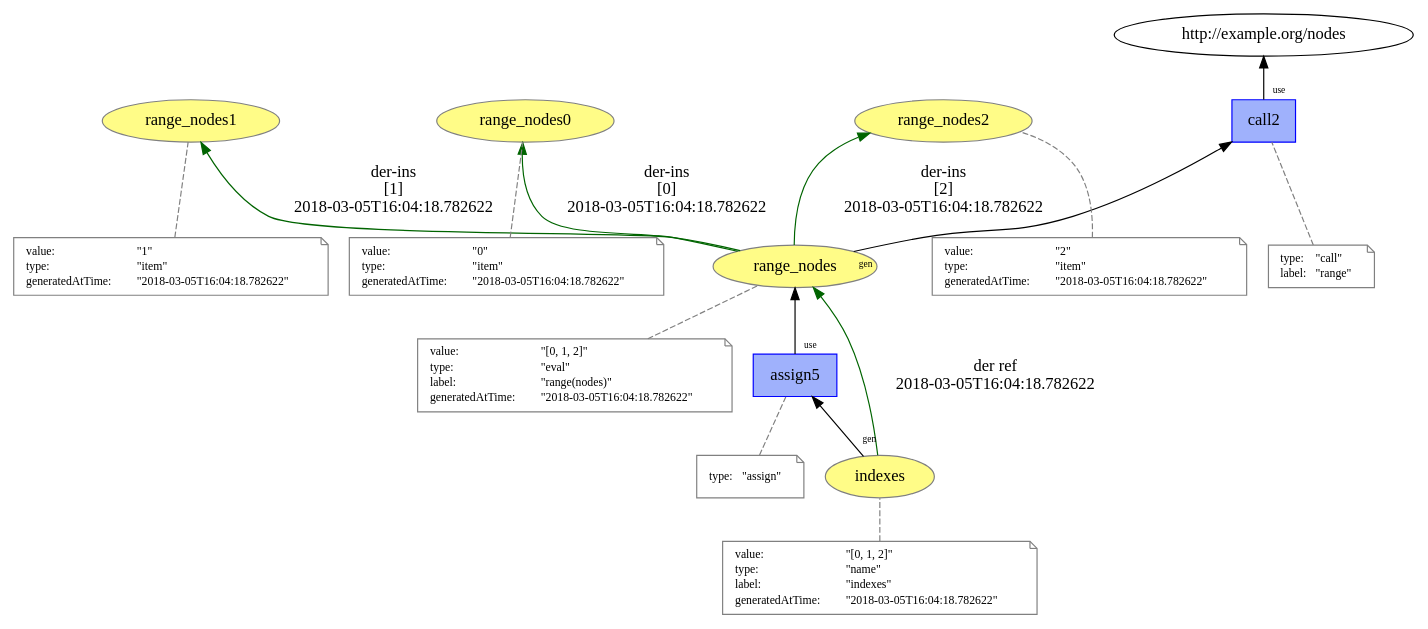
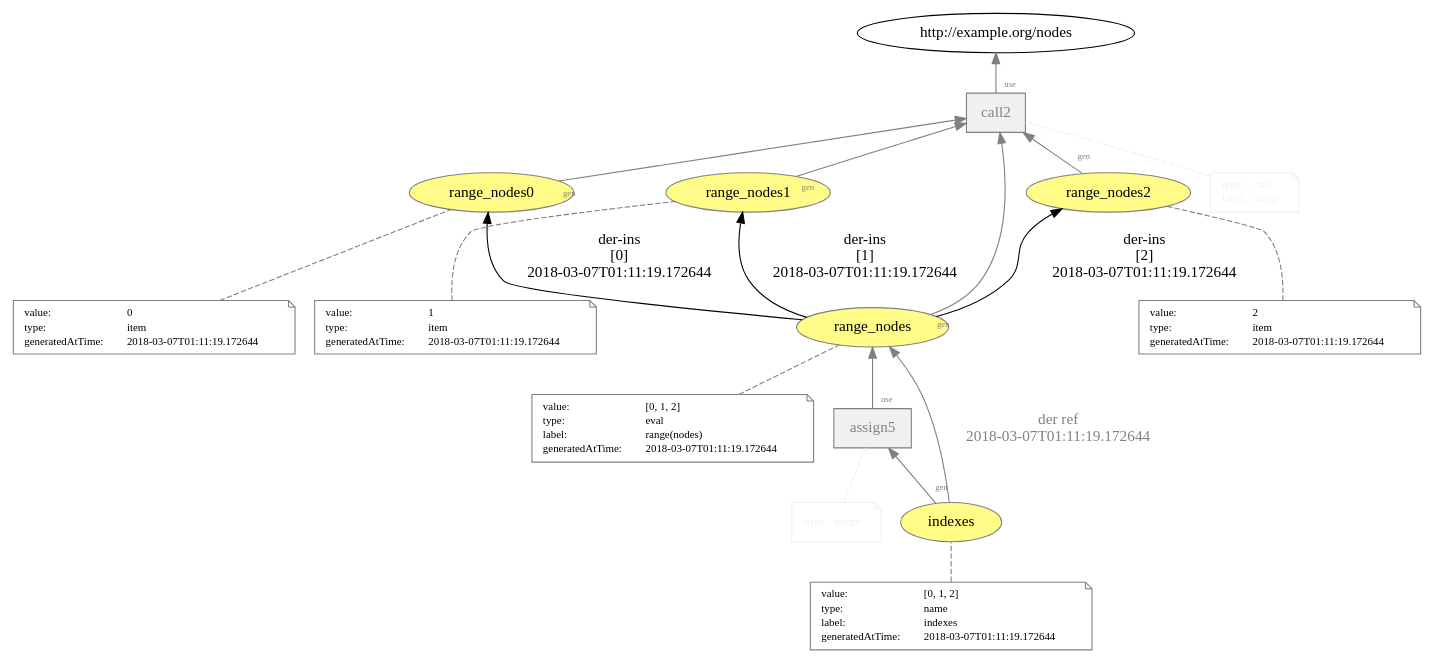
Before and after one commit to dew-uff/versioned-prov: the diagram in images/versioned_prov/temp/L8__func_call__list_assign.dot, drawn with Graphviz. The commit also changed 580 other files, not shown here.

```diff
--- a/images/versioned_prov/temp/L8__func_call__list_assign.dot
+++ b/images/versioned_prov/temp/L8__func_call__list_assign.dot
@@ -1,125 +1,128 @@
 digraph "PROV" { size="16,12"; rankdir="BT";
 "http://example.org/range_nodes" [fillcolor="#FFFC87",color="#808080",style="filled",label="range_nodes",URL="http://example.org/range_nodes"]
 "-attrs0" [color="gray",shape="note",fontsize="10",fontcolor="black",label=<<TABLE cellpadding="0" border="0">
 	<TR>
 	    <TD align="left">value:</TD>
-	    <TD align="left">&quot;[0, 1, 2]&quot;</TD>
+	    <TD align="left">[0, 1, 2]</TD>
 	</TR>
 	<TR>
 	    <TD align="left">type:</TD>
-	    <TD align="left">&quot;eval&quot;</TD>
+	    <TD align="left">eval</TD>
 	</TR>
 	<TR>
 	    <TD align="left">label:</TD>
-	    <TD align="left">&quot;range(nodes)&quot;</TD>
+	    <TD align="left">range(nodes)</TD>
 	</TR>
 	<TR>
 	    <TD align="left">generatedAtTime:</TD>
-	    <TD align="left">&quot;2018-03-05T16:04:18.782622&quot;</TD>
+	    <TD align="left">2018-03-07T01:11:19.172644</TD>
 	</TR>
 </TABLE>>]
 "-attrs0" -> "http://example.org/range_nodes" [color="gray",style="dashed",arrowhead="none"]
 "http://example.org/range_nodes0" [fillcolor="#FFFC87",color="#808080",style="filled",label="range_nodes0",URL="http://example.org/range_nodes0"]
 "-attrs1" [color="gray",shape="note",fontsize="10",fontcolor="black",label=<<TABLE cellpadding="0" border="0">
 	<TR>
 	    <TD align="left">value:</TD>
-	    <TD align="left">&quot;0&quot;</TD>
+	    <TD align="left">0</TD>
 	</TR>
 	<TR>
 	    <TD align="left">type:</TD>
-	    <TD align="left">&quot;item&quot;</TD>
+	    <TD align="left">item</TD>
 	</TR>
 	<TR>
 	    <TD align="left">generatedAtTime:</TD>
-	    <TD align="left">&quot;2018-03-05T16:04:18.782622&quot;</TD>
+	    <TD align="left">2018-03-07T01:11:19.172644</TD>
 	</TR>
 </TABLE>>]
 "-attrs1" -> "http://example.org/range_nodes0" [color="gray",style="dashed",arrowhead="none"]
-"http://example.org/range_nodes" -> "http://example.org/range_nodes0" [labelfontsize="8",labeldistance="1.5",color="darkgreen",labelangle="60.0",rotation="20",label="der-ins
+"http://example.org/range_nodes" -> "http://example.org/range_nodes0" [labelfontsize="8",labeldistance="1.5",color="black",labelangle="60.0",rotation="20",label="der-ins
 [0]
-2018-03-05T16:04:18.782622"]
+2018-03-07T01:11:19.172644"]
 "http://example.org/range_nodes1" [fillcolor="#FFFC87",color="#808080",style="filled",label="range_nodes1",URL="http://example.org/range_nodes1"]
 "-attrs2" [color="gray",shape="note",fontsize="10",fontcolor="black",label=<<TABLE cellpadding="0" border="0">
 	<TR>
 	    <TD align="left">value:</TD>
-	    <TD align="left">&quot;1&quot;</TD>
+	    <TD align="left">1</TD>
 	</TR>
 	<TR>
 	    <TD align="left">type:</TD>
-	    <TD align="left">&quot;item&quot;</TD>
+	    <TD align="left">item</TD>
 	</TR>
 	<TR>
 	    <TD align="left">generatedAtTime:</TD>
-	    <TD align="left">&quot;2018-03-05T16:04:18.782622&quot;</TD>
+	    <TD align="left">2018-03-07T01:11:19.172644</TD>
 	</TR>
 </TABLE>>]
 "-attrs2" -> "http://example.org/range_nodes1" [color="gray",style="dashed",arrowhead="none"]
-"http://example.org/range_nodes" -> "http://example.org/range_nodes1" [labelfontsize="8",labeldistance="1.5",color="darkgreen",labelangle="60.0",rotation="20",label="der-ins
+"http://example.org/range_nodes" -> "http://example.org/range_nodes1" [labelfontsize="8",labeldistance="1.5",color="black",labelangle="60.0",rotation="20",label="der-ins
 [1]
-2018-03-05T16:04:18.782622"]
+2018-03-07T01:11:19.172644"]
 "http://example.org/range_nodes2" [fillcolor="#FFFC87",color="#808080",style="filled",label="range_nodes2",URL="http://example.org/range_nodes2"]
 "-attrs3" [color="gray",shape="note",fontsize="10",fontcolor="black",label=<<TABLE cellpadding="0" border="0">
 	<TR>
 	    <TD align="left">value:</TD>
-	    <TD align="left">&quot;2&quot;</TD>
+	    <TD align="left">2</TD>
 	</TR>
 	<TR>
 	    <TD align="left">type:</TD>
-	    <TD align="left">&quot;item&quot;</TD>
+	    <TD align="left">item</TD>
 	</TR>
 	<TR>
 	    <TD align="left">generatedAtTime:</TD>
-	    <TD align="left">&quot;2018-03-05T16:04:18.782622&quot;</TD>
+	    <TD align="left">2018-03-07T01:11:19.172644</TD>
 	</TR>
 </TABLE>>]
 "-attrs3" -> "http://example.org/range_nodes2" [color="gray",style="dashed",arrowhead="none"]
-"http://example.org/range_nodes" -> "http://example.org/range_nodes2" [labelfontsize="8",labeldistance="1.5",color="darkgreen",labelangle="60.0",rotation="20",label="der-ins
+"http://example.org/range_nodes" -> "http://example.org/range_nodes2" [labelfontsize="8",labeldistance="1.5",color="black",labelangle="60.0",rotation="20",label="der-ins
 [2]
-2018-03-05T16:04:18.782622"]
-"http://example.org/call2" [fillcolor="#9FB1FC",color="#0000FF",shape="polygon",sides="4",style="filled",label="call2",URL="http://example.org/call2"]
-"-attrs4" [color="gray",shape="note",fontsize="10",fontcolor="black",label=<<TABLE cellpadding="0" border="0">
+2018-03-07T01:11:19.172644"]
+"http://example.org/call2" [fillcolor="#F0F0F0",color="gray",shape="polygon",sides="4",style="filled",label="call2",URL="http://example.org/call2",fontcolor="gray"]
+"-attrs4" [color="#F0F0F0",shape="note",fontsize="10",fontcolor="black",label=<<TABLE cellpadding="0" border="0">
 	<TR>
-	    <TD align="left">type:</TD>
-	    <TD align="left">&quot;call&quot;</TD>
+	    <TD align="left"><font color="#F0F0F0">type:</font></TD>
+	    <TD align="left"><font color="#F0F0F0">call</font></TD>
 	</TR>
 	<TR>
-	    <TD align="left">label:</TD>
-	    <TD align="left">&quot;range&quot;</TD>
+	    <TD align="left"><font color="#F0F0F0">label:</font></TD>
+	    <TD align="left"><font color="#F0F0F0">range</font></TD>
 	</TR>
 </TABLE>>]
-"-attrs4" -> "http://example.org/call2" [color="gray",style="dashed",arrowhead="none"]
-"http://example.org/call2" -> "http://example.org/nodes" [labelfontsize="8",labeldistance="1.5",labelangle="60.0",rotation="20",taillabel="use"]
-"http://example.org/range_nodes" -> "http://example.org/call2" [labelfontsize="8",labeldistance="1.5",labelangle="60.0",rotation="20",taillabel="gen"]
+"-attrs4" -> "http://example.org/call2" [color="#F0F0F0",style="dashed",arrowhead="none"]
+"http://example.org/call2" -> "http://example.org/nodes" [labelfontsize="8",labeldistance="1.5",labelangle="60.0",rotation="20",taillabel="use",fontcolor="gray",color="gray"]
+"http://example.org/range_nodes" -> "http://example.org/call2" [labelfontsize="8",labeldistance="1.5",labelangle="60.0",rotation="20",taillabel="gen",fontcolor="gray",color="gray"]
+"http://example.org/range_nodes0" -> "http://example.org/call2" [labelfontsize="8",labeldistance="1.5",labelangle="60.0",rotation="20",taillabel="gen",fontcolor="gray",color="gray"]
+"http://example.org/range_nodes1" -> "http://example.org/call2" [labelfontsize="8",labeldistance="1.5",labelangle="60.0",rotation="20",taillabel="gen",fontcolor="gray",color="gray"]
+"http://example.org/range_nodes2" -> "http://example.org/call2" [labelfontsize="8",labeldistance="1.5",labelangle="60.0",rotation="20",taillabel="gen",fontcolor="gray",color="gray"]
 "http://example.org/indexes" [fillcolor="#FFFC87",color="#808080",style="filled",label="indexes",URL="http://example.org/indexes"]
 "-attrs5" [color="gray",shape="note",fontsize="10",fontcolor="black",label=<<TABLE cellpadding="0" border="0">
 	<TR>
 	    <TD align="left">value:</TD>
-	    <TD align="left">&quot;[0, 1, 2]&quot;</TD>
+	    <TD align="left">[0, 1, 2]</TD>
 	</TR>
 	<TR>
 	    <TD align="left">type:</TD>
-	    <TD align="left">&quot;name&quot;</TD>
+	    <TD align="left">name</TD>
 	</TR>
 	<TR>
 	    <TD align="left">label:</TD>
-	    <TD align="left">&quot;indexes&quot;</TD>
+	    <TD align="left">indexes</TD>
 	</TR>
 	<TR>
 	    <TD align="left">generatedAtTime:</TD>
-	    <TD align="left">&quot;2018-03-05T16:04:18.782622&quot;</TD>
+	    <TD align="left">2018-03-07T01:11:19.172644</TD>
 	</TR>
 </TABLE>>]
 "-attrs5" -> "http://example.org/indexes" [color="gray",style="dashed",arrowhead="none"]
-"http://example.org/assign5" [fillcolor="#9FB1FC",color="#0000FF",shape="polygon",sides="4",style="filled",label="assign5",URL="http://example.org/assign5"]
-"-attrs6" [color="gray",shape="note",fontsize="10",fontcolor="black",label=<<TABLE cellpadding="0" border="0">
+"http://example.org/assign5" [fillcolor="#F0F0F0",color="gray",shape="polygon",sides="4",style="filled",label="assign5",URL="http://example.org/assign5",fontcolor="gray"]
+"-attrs6" [color="#F0F0F0",shape="note",fontsize="10",fontcolor="black",label=<<TABLE cellpadding="0" border="0">
 	<TR>
-	    <TD align="left">type:</TD>
-	    <TD align="left">&quot;assign&quot;</TD>
+	    <TD align="left"><font color="#F0F0F0">type:</font></TD>
+	    <TD align="left"><font color="#F0F0F0">assign</font></TD>
 	</TR>
 </TABLE>>]
-"-attrs6" -> "http://example.org/assign5" [color="gray",style="dashed",arrowhead="none"]
-"http://example.org/assign5" -> "http://example.org/range_nodes" [labelfontsize="8",labeldistance="1.5",labelangle="60.0",rotation="20",taillabel="use"]
-"http://example.org/indexes" -> "http://example.org/range_nodes" [labelfontsize="8",labeldistance="1.5",color="darkgreen",labelangle="60.0",rotation="20",label="der ref
-2018-03-05T16:04:18.782622"]
-"http://example.org/indexes" -> "http://example.org/assign5" [labelfontsize="8",labeldistance="1.5",labelangle="60.0",rotation="20",taillabel="gen"]
+"-attrs6" -> "http://example.org/assign5" [color="#F0F0F0",style="dashed",arrowhead="none"]
+"http://example.org/assign5" -> "http://example.org/range_nodes" [labelfontsize="8",labeldistance="1.5",labelangle="60.0",rotation="20",taillabel="use",fontcolor="gray",color="gray"]
+"http://example.org/indexes" -> "http://example.org/range_nodes" [labelfontsize="8",labeldistance="1.5",color="gray",labelangle="60.0",rotation="20",label="der ref
+2018-03-07T01:11:19.172644",fontcolor="gray"]
+"http://example.org/indexes" -> "http://example.org/assign5" [labelfontsize="8",labeldistance="1.5",labelangle="60.0",rotation="20",taillabel="gen",fontcolor="gray",color="gray"]
 }
```
